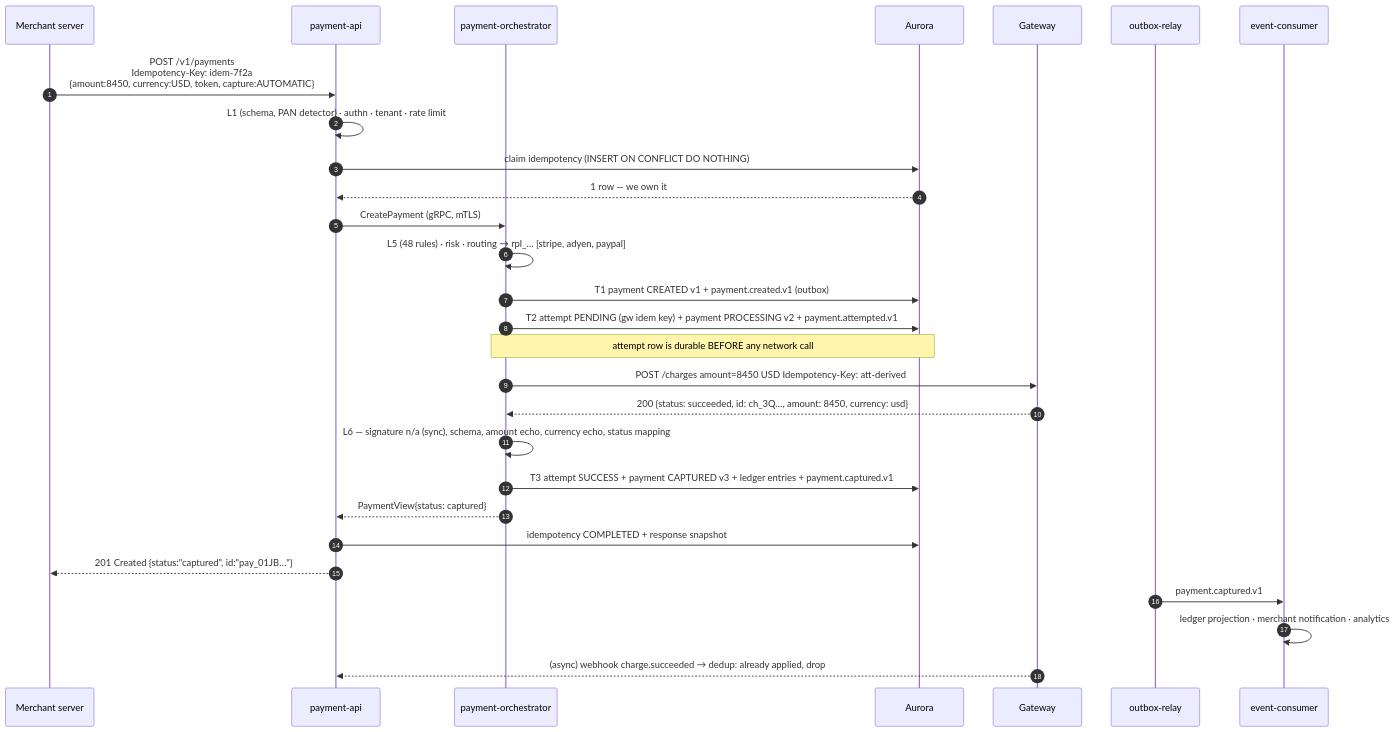
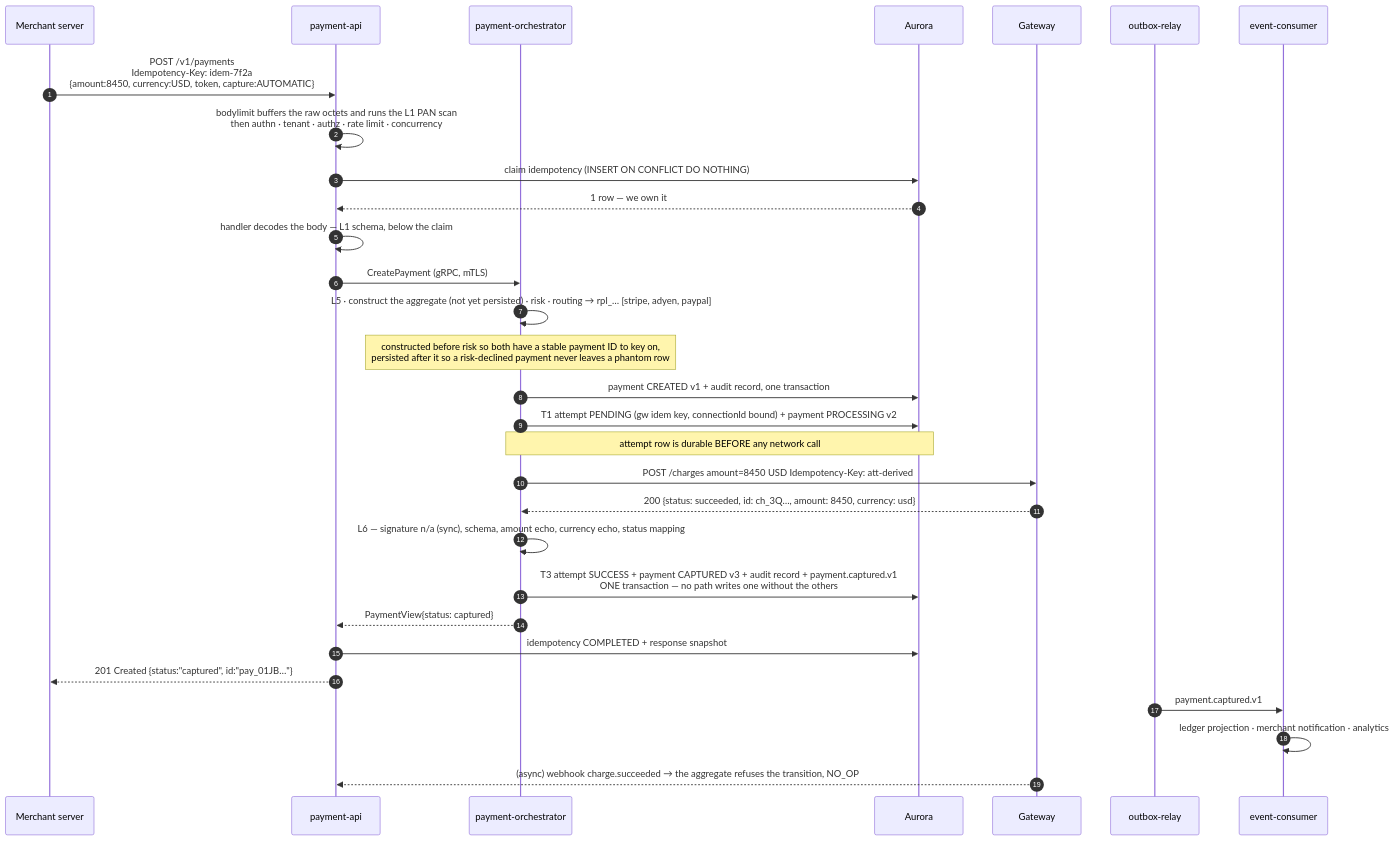
Before and after one commit to udaykishore-resu/payments-platform: the first of 15 diagrams in docs/payment-flow.md, drawn with Mermaid. The commit also changed other lines of this file and 67 other files, not shown here.

````diff
--- a/docs/payment-flow.md
+++ b/docs/payment-flow.md
@@ -44,31 +44,33 @@
 ```mermaid
 sequenceDiagram
     autonumber
     participant MER as Merchant server
     participant API as payment-api
     participant ORC as payment-orchestrator
     participant PG as Aurora
     participant GW as Gateway
     participant REL as outbox-relay
     participant CON as event-consumer
 
     MER->>API: POST /v1/payments<br/>Idempotency-Key: idem-7f2a<br/>{amount:8450, currency:USD, token, capture:AUTOMATIC}
-    API->>API: L1 (schema, PAN detector) · authn · tenant · rate limit
+    API->>API: bodylimit buffers the raw octets and runs the L1 PAN scan<br/>then authn · tenant · authz · rate limit · concurrency
     API->>PG: claim idempotency (INSERT ON CONFLICT DO NOTHING)
     PG-->>API: 1 row — we own it
+    API->>API: handler decodes the body — L1 schema, below the claim
     API->>ORC: CreatePayment (gRPC, mTLS)
-    ORC->>ORC: L5 (48 rules) · risk · routing → rpl_… [stripe, adyen, paypal]
-    ORC->>PG: T1 payment CREATED v1 + payment.created.v1 (outbox)
-    ORC->>PG: T2 attempt PENDING (gw idem key) + payment PROCESSING v2 + payment.attempted.v1
+    ORC->>ORC: L5 · construct the aggregate (not yet persisted) · risk · routing → rpl_… [stripe, adyen, paypal]
+    Note over ORC: constructed before risk so both have a stable payment ID to key on,<br/>persisted after it so a risk-declined payment never leaves a phantom row
+    ORC->>PG: payment CREATED v1 + audit record, one transaction
+    ORC->>PG: T1 attempt PENDING (gw idem key, connectionId bound) + payment PROCESSING v2
     Note over ORC,PG: attempt row is durable BEFORE any network call
     ORC->>GW: POST /charges  amount=8450 USD  Idempotency-Key: att-derived
     GW-->>ORC: 200 {status: succeeded, id: ch_3Q…, amount: 8450, currency: usd}
     ORC->>ORC: L6 — signature n/a (sync), schema, amount echo, currency echo, status mapping
-    ORC->>PG: T3 attempt SUCCESS + payment CAPTURED v3 + ledger entries + payment.captured.v1
+    ORC->>PG: T3 attempt SUCCESS + payment CAPTURED v3 + audit record + payment.captured.v1<br/>ONE transaction — no path writes one without the others
     ORC-->>API: PaymentView{status: captured}
     API->>PG: idempotency COMPLETED + response snapshot
     API-->>MER: 201 Created {status:"captured", id:"pay_01JB…"}
     REL->>CON: payment.captured.v1
     CON->>CON: ledger projection · merchant notification · analytics
-    GW-->>API: (async) webhook charge.succeeded → dedup: already applied, drop
+    GW-->>API: (async) webhook charge.succeeded → the aggregate refuses the transition, NO_OP
 ```
````
